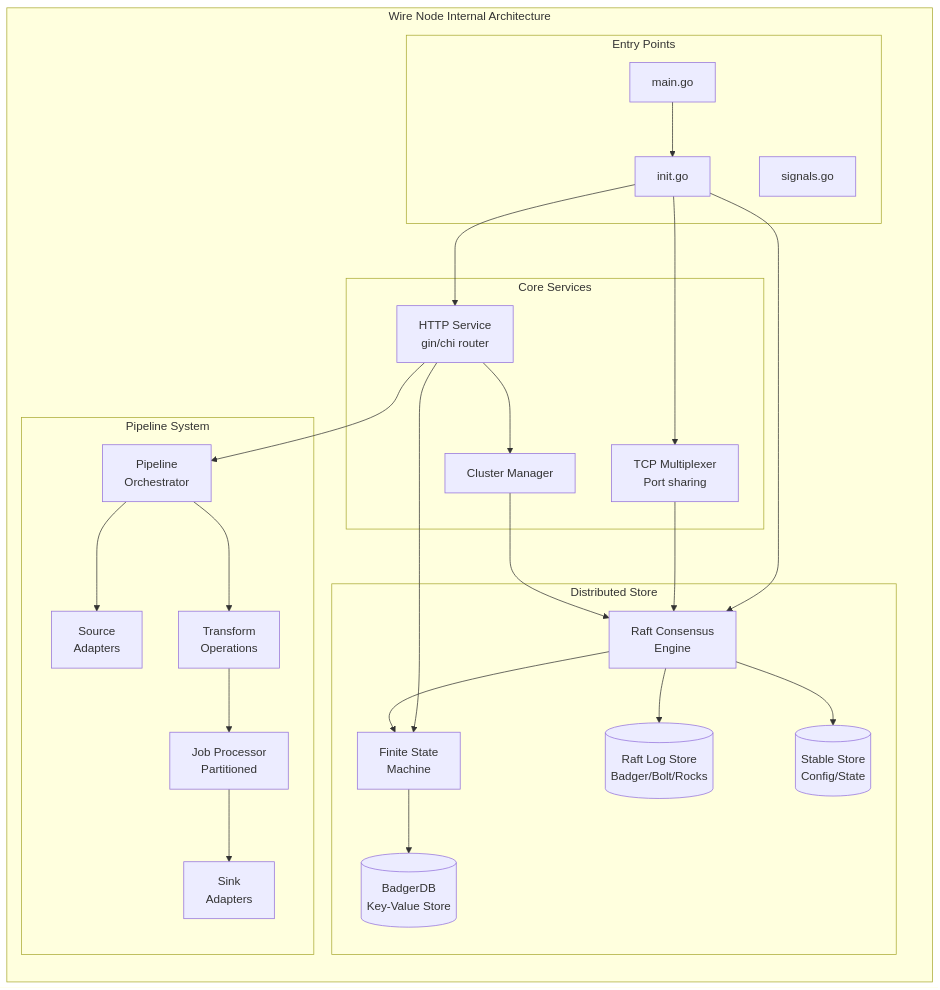
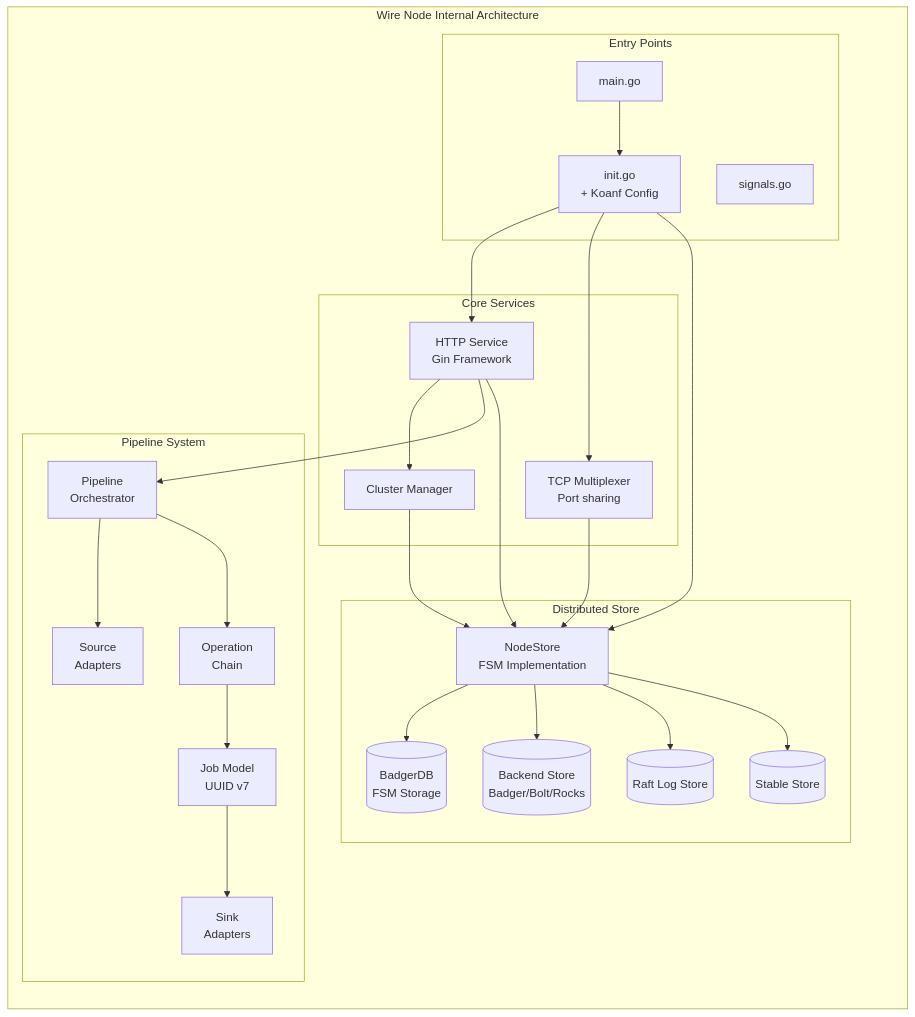
Before and after one commit to tarungka/wire: the second of 10 diagrams in docs/ARCHITECTURE_DIAGRAMS.md, drawn with Mermaid. The commit also changed other lines of this file and 1 other file, not shown here.

First line of the commit message:
docs: Update technical documentation to reflect current implementation

````diff
--- a/docs/ARCHITECTURE_DIAGRAMS.md
+++ b/docs/ARCHITECTURE_DIAGRAMS.md
@@ -64,55 +64,55 @@
 ```mermaid
 graph LR
     subgraph "Wire Node Internal Architecture"
         subgraph "Entry Points"
             Main[main.go]
-            Init[init.go]
+            Init[init.go<br/>+ Koanf Config]
             Signals[signals.go]
         end
 
         subgraph "Core Services"
-            HTTPService[HTTP Service<br/>gin/chi router]
+            HTTPService[HTTP Service<br/>Gin Framework]
             TCPMux[TCP Multiplexer<br/>Port sharing]
             ClusterMgmt[Cluster Manager]
         end
 
         subgraph "Distributed Store"
-            RaftEngine[Raft Consensus<br/>Engine]
-            FSM[Finite State<br/>Machine]
-            BadgerDB[(BadgerDB<br/>Key-Value Store)]
-            LogStore[(Raft Log Store<br/>Badger/Bolt/Rocks)]
-            StableStore[(Stable Store<br/>Config/State)]
+            NodeStore[NodeStore<br/>FSM Implementation]
+            BadgerDB[(BadgerDB<br/>FSM Storage)]
+            DbStore[(Backend Store<br/>Badger/Bolt/Rocks)]
+            LogStore[(Raft Log Store)]
+            StableStore[(Stable Store)]
         end
 
         subgraph "Pipeline System"
             PipelineEngine[Pipeline<br/>Orchestrator]
-            JobProcessor[Job Processor<br/>Partitioned]
-            TransformOps[Transform<br/>Operations]
+            JobModel[Job Model<br/>UUID v7]
+            Operations[Operation<br/>Chain]
             Sources[Source<br/>Adapters]
             Sinks[Sink<br/>Adapters]
         end
 
         Main --> Init
         Init --> HTTPService
         Init --> TCPMux
-        Init --> RaftEngine
+        Init --> NodeStore
 
         HTTPService --> ClusterMgmt
         HTTPService --> PipelineEngine
-        HTTPService --> FSM
+        HTTPService --> NodeStore
 
-        TCPMux --> RaftEngine
+        TCPMux --> NodeStore
 
-        RaftEngine --> FSM
-        FSM --> BadgerDB
-        RaftEngine --> LogStore
-        RaftEngine --> StableStore
+        NodeStore --> BadgerDB
+        NodeStore --> DbStore
+        NodeStore --> LogStore
+        NodeStore --> StableStore
 
         PipelineEngine --> Sources
-        PipelineEngine --> TransformOps
-        TransformOps --> JobProcessor
-        JobProcessor --> Sinks
+        PipelineEngine --> Operations
+        Operations --> JobModel
+        JobModel --> Sinks
 
-        ClusterMgmt --> RaftEngine
+        ClusterMgmt --> NodeStore
     end
 ```
````
